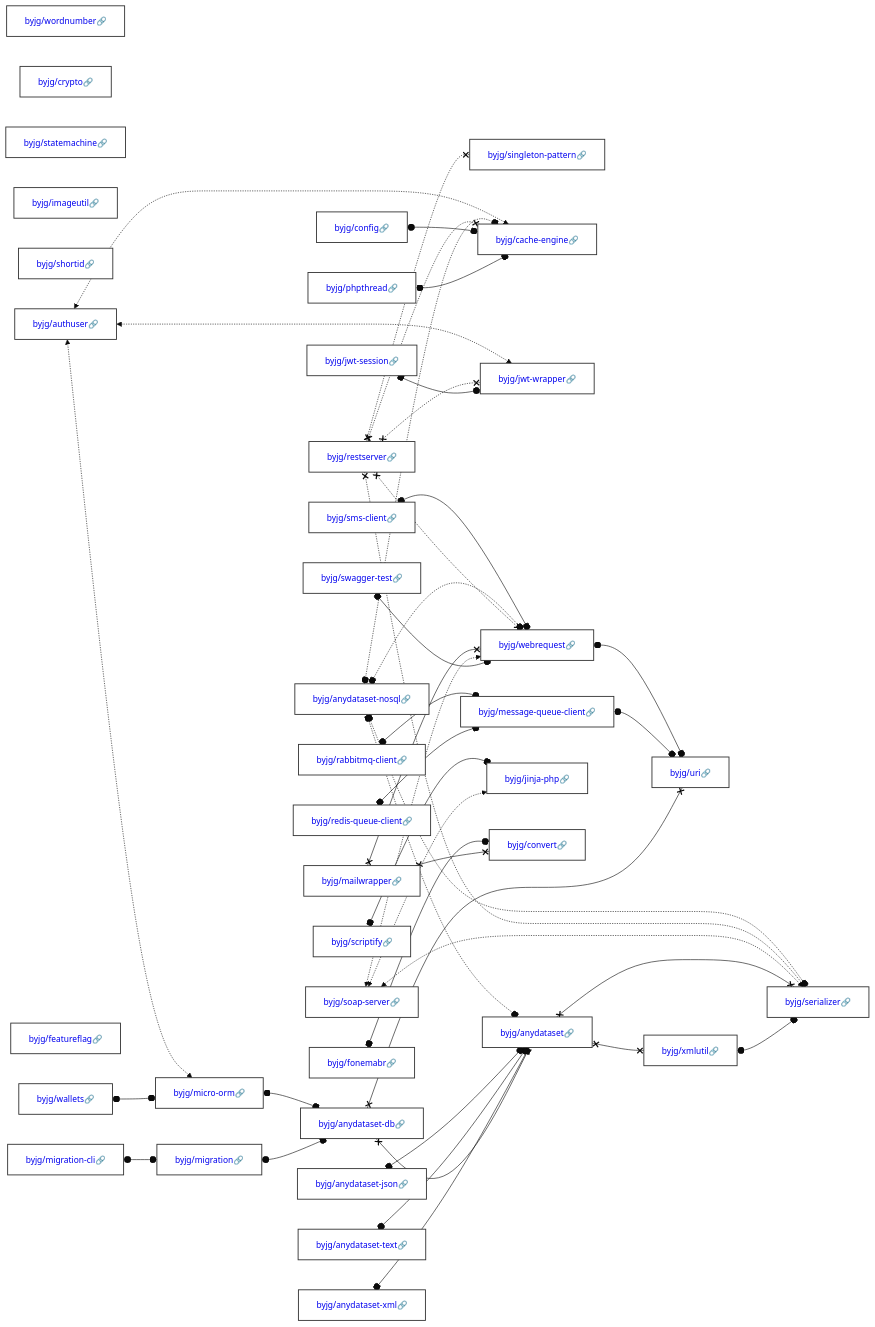
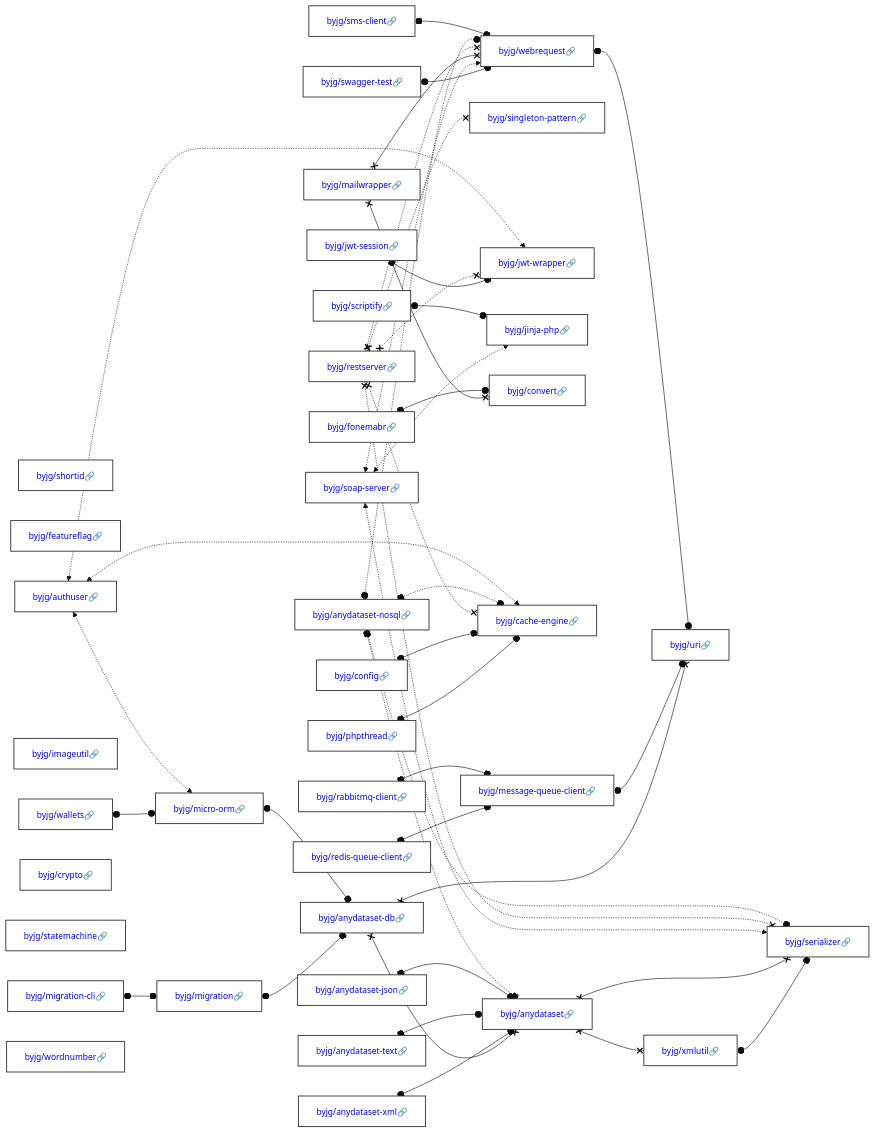
One commit to byjg/byjg.github.io changed the diagram in docs/php/README.md. Above: the diagram before and after it, drawn with Mermaid (base theme). The commit also changed other lines of this file and 6 other files, not shown here.

Commit message:
Update documentation 'php' 'php-singleton-pattern'

````diff
--- a/docs/php/README.md
+++ b/docs/php/README.md
@@ -3,39 +3,39 @@
 ```mermaid
 graph LR;
+  byjg/shortid[<a href='https://opensource.byjg.com/docs/php/shortid' style='text-decoration:none'>byjg/shortid🔗</a>];
+  byjg/featureflag[<a href='https://opensource.byjg.com/docs/php/featureflag' style='text-decoration:none'>byjg/featureflag🔗</a>];
+  byjg/config[<a href='https://opensource.byjg.com/docs/php/config' style='text-decoration:none'>byjg/config🔗</a>];
+  byjg/rabbitmq-client[<a href='https://opensource.byjg.com/docs/php/rabbitmq-client' style='text-decoration:none'>byjg/rabbitmq-client🔗</a>];
+  byjg/authuser[<a href='https://opensource.byjg.com/docs/php/authuser' style='text-decoration:none'>byjg/authuser🔗</a>];
+  byjg/mailwrapper[<a href='https://opensource.byjg.com/docs/php/mailwrapper' style='text-decoration:none'>byjg/mailwrapper🔗</a>];
+  byjg/redis-queue-client[<a href='https://opensource.byjg.com/docs/php/redis-queue-client' style='text-decoration:none'>byjg/redis-queue-client🔗</a>];
+  byjg/scriptify[<a href='https://opensource.byjg.com/docs/php/scriptify' style='text-decoration:none'>byjg/scriptify🔗</a>];
+  byjg/anydataset-json[<a href='https://opensource.byjg.com/docs/php/anydataset-json' style='text-decoration:none'>byjg/anydataset-json🔗</a>];
+  byjg/imageutil[<a href='https://opensource.byjg.com/docs/php/imageutil' style='text-decoration:none'>byjg/imageutil🔗</a>];
+  byjg/migration-cli[<a href='https://opensource.byjg.com/docs/php/migration-cli' style='text-decoration:none'>byjg/migration-cli🔗</a>];
+  byjg/restserver[<a href='https://opensource.byjg.com/docs/php/restserver' style='text-decoration:none'>byjg/restserver🔗</a>];
+  byjg/jwt-session[<a href='https://opensource.byjg.com/docs/php/jwt-session' style='text-decoration:none'>byjg/jwt-session🔗</a>];
+  byjg/phpthread[<a href='https://opensource.byjg.com/docs/php/phpthread' style='text-decoration:none'>byjg/phpthread🔗</a>];
+  byjg/soap-server[<a href='https://opensource.byjg.com/docs/php/soap-server' style='text-decoration:none'>byjg/soap-server🔗</a>];
+  byjg/crypto[<a href='https://opensource.byjg.com/docs/php/crypto' style='text-decoration:none'>byjg/crypto🔗</a>];
+  byjg/swagger-test[<a href='https://opensource.byjg.com/docs/php/swagger-test' style='text-decoration:none'>byjg/swagger-test🔗</a>];
+  byjg/fonemabr[<a href='https://opensource.byjg.com/docs/php/fonemabr' style='text-decoration:none'>byjg/fonemabr🔗</a>];
+  byjg/anydataset-text[<a href='https://opensource.byjg.com/docs/php/anydataset-text' style='text-decoration:none'>byjg/anydataset-text🔗</a>];
   byjg/anydataset-xml[<a href='https://opensource.byjg.com/docs/php/anydataset-xml' style='text-decoration:none'>byjg/anydataset-xml🔗</a>];
-  byjg/rabbitmq-client[<a href='https://opensource.byjg.com/docs/php/rabbitmq-client' style='text-decoration:none'>byjg/rabbitmq-client🔗</a>];
-  byjg/restserver[<a href='https://opensource.byjg.com/docs/php/restserver' style='text-decoration:none'>byjg/restserver🔗</a>];
+  byjg/anydataset-nosql[<a href='https://opensource.byjg.com/docs/php/anydataset-nosql' style='text-decoration:none'>byjg/anydataset-nosql🔗</a>];
+  byjg/statemachine[<a href='https://opensource.byjg.com/docs/php/statemachine' style='text-decoration:none'>byjg/statemachine🔗</a>];
+  byjg/sms-client[<a href='https://opensource.byjg.com/docs/php/sms-client' style='text-decoration:none'>byjg/sms-client🔗</a>];
+  byjg/wallets[<a href='https://opensource.byjg.com/docs/php/wallets' style='text-decoration:none'>byjg/wallets🔗</a>];
   byjg/wordnumber[<a href='https://opensource.byjg.com/docs/php/wordnumber' style='text-decoration:none'>byjg/wordnumber🔗</a>];
-  byjg/crypto[<a href='https://opensource.byjg.com/docs/php/crypto' style='text-decoration:none'>byjg/crypto🔗</a>];
-  byjg/statemachine[<a href='https://opensource.byjg.com/docs/php/statemachine' style='text-decoration:none'>byjg/statemachine🔗</a>];
-  byjg/imageutil[<a href='https://opensource.byjg.com/docs/php/imageutil' style='text-decoration:none'>byjg/imageutil🔗</a>];
-  byjg/anydataset-nosql[<a href='https://opensource.byjg.com/docs/php/anydataset-nosql' style='text-decoration:none'>byjg/anydataset-nosql🔗</a>];
-  byjg/shortid[<a href='https://opensource.byjg.com/docs/php/shortid' style='text-decoration:none'>byjg/shortid🔗</a>];
-  byjg/wallets[<a href='https://opensource.byjg.com/docs/php/wallets' style='text-decoration:none'>byjg/wallets🔗</a>];
-  byjg/featureflag[<a href='https://opensource.byjg.com/docs/php/featureflag' style='text-decoration:none'>byjg/featureflag🔗</a>];
-  byjg/phpthread[<a href='https://opensource.byjg.com/docs/php/phpthread' style='text-decoration:none'>byjg/phpthread🔗</a>];
-  byjg/jwt-session[<a href='https://opensource.byjg.com/docs/php/jwt-session' style='text-decoration:none'>byjg/jwt-session🔗</a>];
-  byjg/mailwrapper[<a href='https://opensource.byjg.com/docs/php/mailwrapper' style='text-decoration:none'>byjg/mailwrapper🔗</a>];
-  byjg/swagger-test[<a href='https://opensource.byjg.com/docs/php/swagger-test' style='text-decoration:none'>byjg/swagger-test🔗</a>];
-  byjg/config[<a href='https://opensource.byjg.com/docs/php/config' style='text-decoration:none'>byjg/config🔗</a>];
-  byjg/authuser[<a href='https://opensource.byjg.com/docs/php/authuser' style='text-decoration:none'>byjg/authuser🔗</a>];
-  byjg/soap-server[<a href='https://opensource.byjg.com/docs/php/soap-server' style='text-decoration:none'>byjg/soap-server🔗</a>];
-  byjg/anydataset-json[<a href='https://opensource.byjg.com/docs/php/anydataset-json' style='text-decoration:none'>byjg/anydataset-json🔗</a>];
-  byjg/anydataset-text[<a href='https://opensource.byjg.com/docs/php/anydataset-text' style='text-decoration:none'>byjg/anydataset-text🔗</a>];
-  byjg/sms-client[<a href='https://opensource.byjg.com/docs/php/sms-client' style='text-decoration:none'>byjg/sms-client🔗</a>];
-  byjg/redis-queue-client[<a href='https://opensource.byjg.com/docs/php/redis-queue-client' style='text-decoration:none'>byjg/redis-queue-client🔗</a>];
-  byjg/migration-cli[<a href='https://opensource.byjg.com/docs/php/migration-cli' style='text-decoration:none'>byjg/migration-cli🔗</a>];
-  byjg/scriptify[<a href='https://opensource.byjg.com/docs/php/scriptify' style='text-decoration:none'>byjg/scriptify🔗</a>];
-  byjg/fonemabr[<a href='https://opensource.byjg.com/docs/php/fonemabr' style='text-decoration:none'>byjg/fonemabr🔗</a>];
-  byjg/singleton-pattern[<a href='https://opensource.byjg.com/docs/php/singleton-pattern' style='text-decoration:none'>byjg/singleton-pattern🔗</a>];
-  byjg/micro-orm[<a href='https://opensource.byjg.com/docs/php/micro-orm' style='text-decoration:none'>byjg/micro-orm🔗</a>];
-  byjg/cache-engine[<a href='https://opensource.byjg.com/docs/php/cache-engine' style='text-decoration:none'>byjg/cache-engine🔗</a>];
-  byjg/jwt-wrapper[<a href='https://opensource.byjg.com/docs/php/jwt-wrapper' style='text-decoration:none'>byjg/jwt-wrapper🔗</a>];
-  byjg/webrequest[<a href='https://opensource.byjg.com/docs/php/webrequest' style='text-decoration:none'>byjg/webrequest🔗</a>];
   byjg/message-queue-client[<a href='https://opensource.byjg.com/docs/php/message-queue-client' style='text-decoration:none'>byjg/message-queue-client🔗</a>];
   byjg/migration[<a href='https://opensource.byjg.com/docs/php/migration' style='text-decoration:none'>byjg/migration🔗</a>];
+  byjg/singleton-pattern[<a href='https://opensource.byjg.com/docs/php/singleton-pattern' style='text-decoration:none'>byjg/singleton-pattern🔗</a>];
+  byjg/jwt-wrapper[<a href='https://opensource.byjg.com/docs/php/jwt-wrapper' style='text-decoration:none'>byjg/jwt-wrapper🔗</a>];
   byjg/jinja-php[<a href='https://opensource.byjg.com/docs/php/jinja-php' style='text-decoration:none'>byjg/jinja-php🔗</a>];
   byjg/convert[<a href='https://opensource.byjg.com/docs/php/convert' style='text-decoration:none'>byjg/convert🔗</a>];
+  byjg/cache-engine[<a href='https://opensource.byjg.com/docs/php/cache-engine' style='text-decoration:none'>byjg/cache-engine🔗</a>];
+  byjg/webrequest[<a href='https://opensource.byjg.com/docs/php/webrequest' style='text-decoration:none'>byjg/webrequest🔗</a>];
+  byjg/micro-orm[<a href='https://opensource.byjg.com/docs/php/micro-orm' style='text-decoration:none'>byjg/micro-orm🔗</a>];
   byjg/anydataset-db[<a href='https://opensource.byjg.com/docs/php/anydataset-db' style='text-decoration:none'>byjg/anydataset-db🔗</a>];
   byjg/anydataset[<a href='https://opensource.byjg.com/docs/php/anydataset' style='text-decoration:none'>byjg/anydataset🔗</a>];
   byjg/uri[<a href='https://opensource.byjg.com/docs/php/uri' style='text-decoration:none'>byjg/uri🔗</a>];
````
